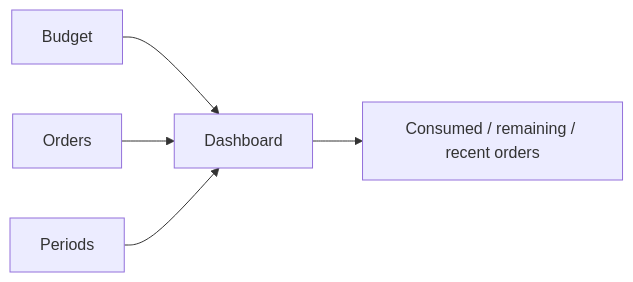
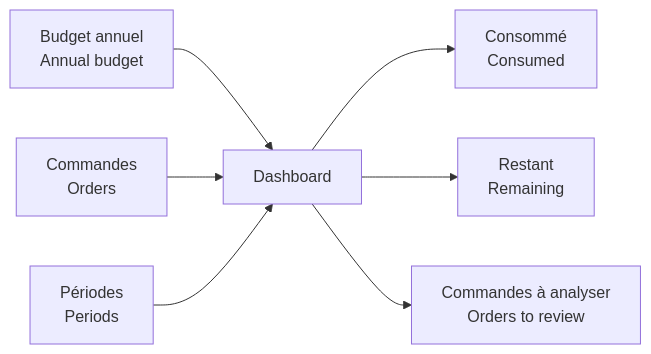
The first of 2 diagrams in powerbi-procurement-budget-portfolio/README.md (jeffersonkuku/powerbi-portfolio-projects), drawn with Mermaid before and after one commit. The commit also changed other lines of this file and 4 other files, not shown here.

````diff
--- a/powerbi-procurement-budget-portfolio/README.md
+++ b/powerbi-procurement-budget-portfolio/README.md
@@ -15,7 +10,9 @@
 ```mermaid
 flowchart LR
-    A[Budget] --> D[Dashboard]
-    B[Orders] --> D
-    C[Periods] --> D
-    D --> E[Consumed / remaining / recent orders]
+    A[Budget annuel<br/>Annual budget] --> D[Dashboard]
+    B[Commandes<br/>Orders] --> D
+    C[Périodes<br/>Periods] --> D
+    D --> E[Consommé<br/>Consumed]
+    D --> F[Restant<br/>Remaining]
+    D --> G[Commandes à analyser<br/>Orders to review]
 ```
````
